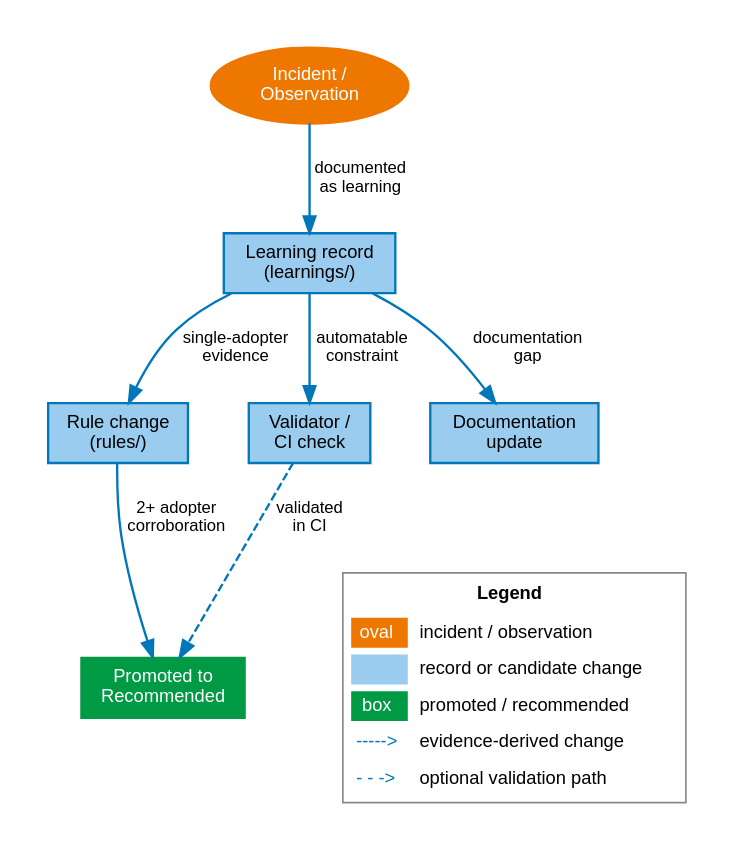
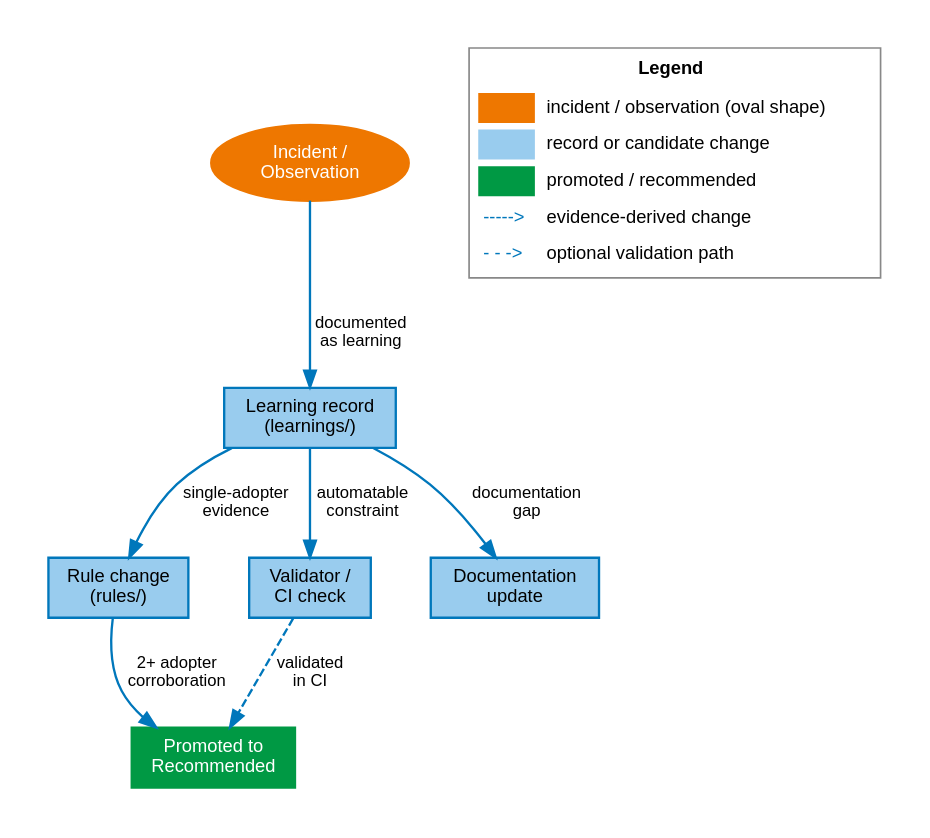
The diagram in agf/docs/figures/src/evidence-lifecycle.dot (janipaijanen/agf-mirror), drawn with Graphviz before and after one commit. The commit also changed 15 other files, not shown here.

First line of the commit message:
fix: remove leftover shape-name text from diagram legend swatches

```diff
--- a/agf/docs/figures/src/evidence-lifecycle.dot
+++ b/agf/docs/figures/src/evidence-lifecycle.dot
@@ -1,40 +1,40 @@
 // SPDX-License-Identifier: CC-BY-SA-4.0
 // agents-govern: evidence lifecycle (incident → learning → improvement)
 // Generate: dot -Tsvg evidence-lifecycle.dot -o ../evidence-lifecycle.svg
 digraph evidence_lifecycle {
     graph [rankdir=TB, splines=spline, pad=0.3, nodesep=0.5, ranksep=0.6,
            bgcolor=white, fontname="Helvetica", fontsize=12]
     node  [fontname="Helvetica", fontsize=11, style=filled, shape=box,
            fillcolor="#99CCEE", color="#0077BB", penwidth=1.4]
     edge  [fontname="Helvetica", fontsize=10, color="#0077BB", penwidth=1.4]
 
     incident  [label="Incident /\nObservation", shape=ellipse,
                fillcolor="#EE7700", fontcolor=white, color="#EE7700"]
     learning  [label="Learning record\n(learnings/)", fillcolor="#99CCEE"]
     rule      [label="Rule change\n(rules/)", fillcolor="#99CCEE"]
     tool      [label="Validator /\nCI check", fillcolor="#99CCEE"]
     doc       [label="Documentation\nupdate", fillcolor="#99CCEE"]
     promoted  [label="Promoted to\nRecommended", fillcolor="#009944",
                fontcolor=white, color="#009944"]
 
     incident -> learning [label="documented\nas learning"]
     learning -> rule     [label="single-adopter\nevidence"]
     learning -> tool     [label="automatable\nconstraint"]
     learning -> doc      [label="documentation\ngap"]
     rule     -> promoted [label="2+ adopter\ncorroboration"]
     tool     -> promoted [style=dashed, label="validated\nin CI"]
 
     {rank=same; rule tool doc}
 
     legend [shape=plain, label=<
         <TABLE BORDER="1" CELLBORDER="0" CELLSPACING="4" CELLPADDING="3" COLOR="#888888" BGCOLOR="white">
             <TR><TD COLSPAN="2"><B>Legend</B></TD></TR>
-            <TR><TD BGCOLOR="#EE7700" WIDTH="28"><FONT COLOR="white">oval</FONT></TD><TD ALIGN="LEFT">incident / observation</TD></TR>
+            <TR><TD BGCOLOR="#EE7700" WIDTH="28"></TD><TD ALIGN="LEFT">incident / observation (oval shape)</TD></TR>
             <TR><TD BGCOLOR="#99CCEE" WIDTH="28"></TD><TD ALIGN="LEFT">record or candidate change</TD></TR>
-            <TR><TD BGCOLOR="#009944" WIDTH="28"><FONT COLOR="white">box</FONT></TD><TD ALIGN="LEFT">promoted / recommended</TD></TR>
+            <TR><TD BGCOLOR="#009944" WIDTH="28"></TD><TD ALIGN="LEFT">promoted / recommended</TD></TR>
             <TR><TD><FONT COLOR="#0077BB">-----&gt;</FONT></TD><TD ALIGN="LEFT">evidence-derived change</TD></TR>
             <TR><TD><FONT COLOR="#0077BB">- - -&gt;</FONT></TD><TD ALIGN="LEFT">optional validation path</TD></TR>
         </TABLE>
     >]
-    doc -> legend [style=invis]
+    {rank=same; legend; incident}
 }
```
